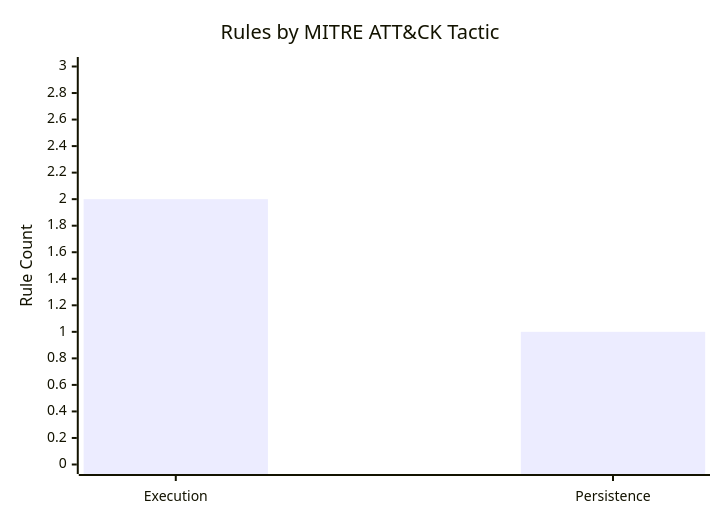
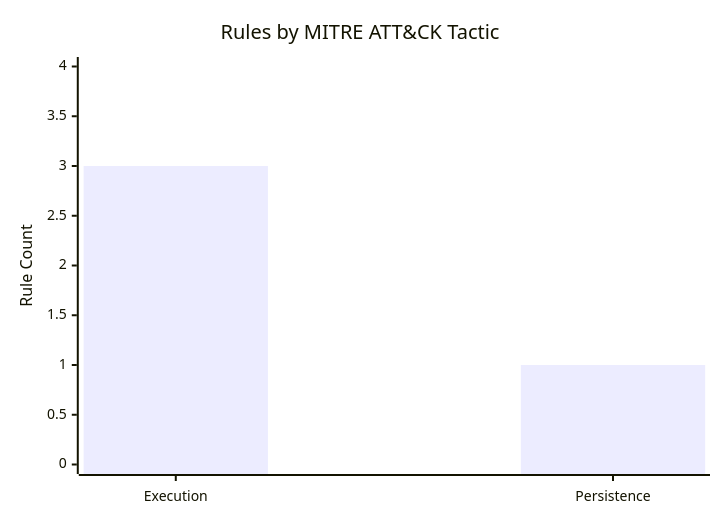
One commit to martonbence/Detection-Engineering changed the third of 3 diagrams in README.md. Above: the diagram before and after it, drawn with Mermaid. The commit also changed other lines of this file and 4 other files, not shown here.

````diff
--- a/README.md
+++ b/README.md
@@ -23,7 +24,7 @@
 ```mermaid
 xychart-beta
     title "Rules by MITRE ATT&CK Tactic"
     x-axis ["Execution", "Persistence"]
-    y-axis "Rule Count" 0 --> 3
-    bar [2, 1]
+    y-axis "Rule Count" 0 --> 4
+    bar [3, 1]
 ```
````
